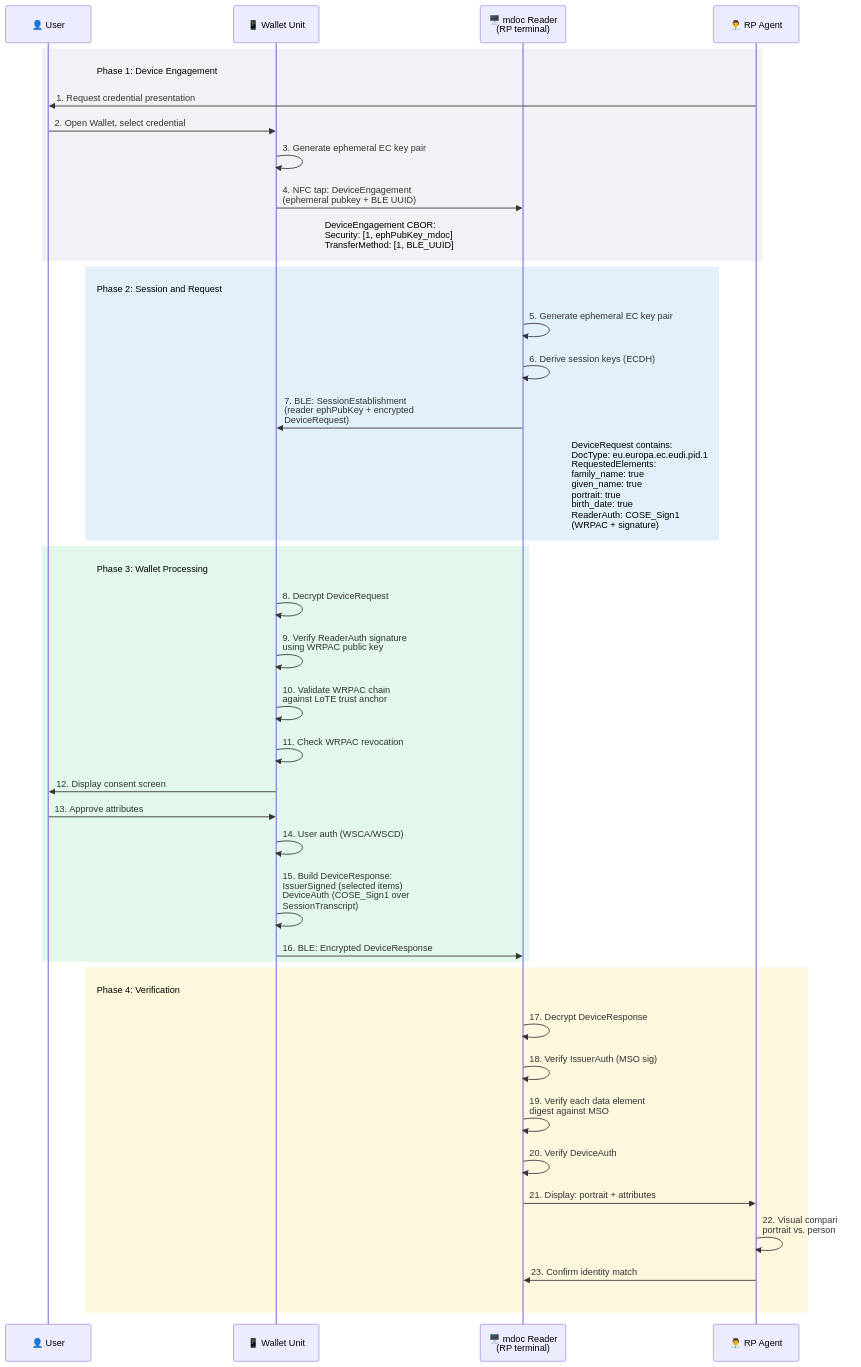
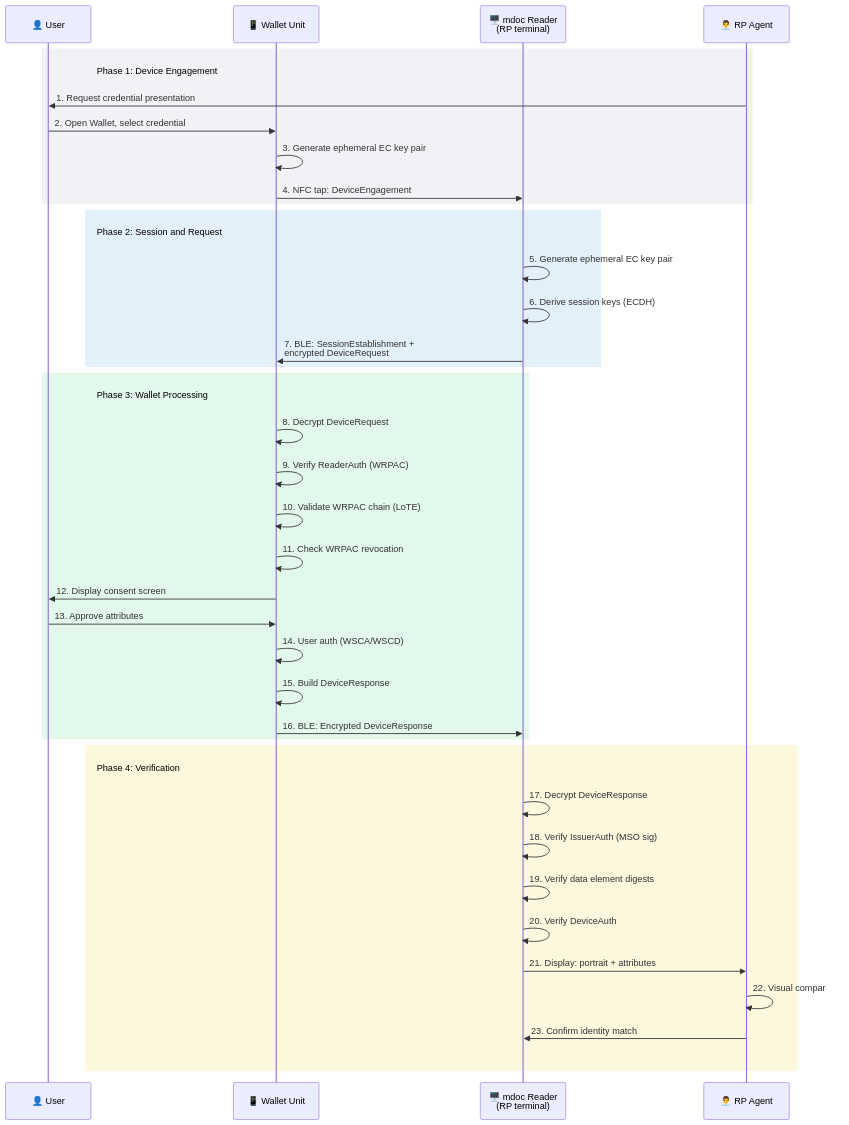
The tenth of 18 diagrams in papers/DR-0002/DR-0002-eudi-wallet-relying-party-integration.md (ivanstambuk/deep-research), drawn with Mermaid before and after one commit. The commit also changed other lines of this file, not shown here.

First line of the commit message:
DR-0002: Proper payload walkthroughs — clean diagrams + formatted code blocks

````diff
--- a/papers/DR-0002/DR-0002-eudi-wallet-relying-party-integration.md
+++ b/papers/DR-0002/DR-0002-eudi-wallet-relying-party-integration.md
@@ -1616,59 +1765,57 @@
 ```mermaid
 ---
 config:
   themeVariables:
     noteBkgColor: "transparent"
     noteBorderColor: "transparent"
   sequence:
     messageAlign: left
     noteAlign: left
     actorMargin: 150
 ---
 sequenceDiagram
     participant User as 👤 User
     participant WU as 📱 Wallet Unit
     participant Reader as 🖥️ mdoc Reader<br/>(RP terminal)
     participant Agent as 👨‍💼 RP Agent
 
     rect rgba(148, 163, 184, 0.14)
     Note right of User: Phase 1: Device Engagement
     Agent->>User: 1. Request credential presentation
     User->>WU: 2. Open Wallet, select credential
     WU->>WU: 3. Generate ephemeral EC key pair
-    WU->>Reader: 4. NFC tap: DeviceEngagement<br/>(ephemeral pubkey + BLE UUID)
-    Note right of WU: DeviceEngagement CBOR:<br/>Security: [1, ephPubKey_mdoc]<br/>TransferMethod: [1, BLE_UUID]
+    WU->>Reader: 4. NFC tap: DeviceEngagement
     end
 
     rect rgba(52, 152, 219, 0.14)
     Note right of User: Phase 2: Session and Request
     Reader->>Reader: 5. Generate ephemeral EC key pair
     Reader->>Reader: 6. Derive session keys (ECDH)
-    Reader->>WU: 7. BLE: SessionEstablishment<br/>(reader ephPubKey + encrypted<br/>DeviceRequest)
-    Note right of Reader: DeviceRequest contains:<br/>DocType: eu.europa.ec.eudi.pid.1<br/>RequestedElements:<br/>  family_name: true<br/>  given_name: true<br/>  portrait: true<br/>  birth_date: true<br/>ReaderAuth: COSE_Sign1<br/>  (WRPAC + signature)
+    Reader->>WU: 7. BLE: SessionEstablishment +<br/>encrypted DeviceRequest
     end
 
     rect rgba(46, 204, 113, 0.14)
     Note right of User: Phase 3: Wallet Processing
     WU->>WU: 8. Decrypt DeviceRequest
-    WU->>WU: 9. Verify ReaderAuth signature<br/>using WRPAC public key
-    WU->>WU: 10. Validate WRPAC chain<br/>against LoTE trust anchor
+    WU->>WU: 9. Verify ReaderAuth (WRPAC)
+    WU->>WU: 10. Validate WRPAC chain (LoTE)
     WU->>WU: 11. Check WRPAC revocation
     WU->>User: 12. Display consent screen
     User->>WU: 13. Approve attributes
     WU->>WU: 14. User auth (WSCA/WSCD)
-    WU->>WU: 15. Build DeviceResponse:<br/>IssuerSigned (selected items)<br/>DeviceAuth (COSE_Sign1 over<br/>SessionTranscript)
+    WU->>WU: 15. Build DeviceResponse
     WU->>Reader: 16. BLE: Encrypted DeviceResponse
     end
 
     rect rgba(241, 196, 15, 0.14)
     Note right of User: Phase 4: Verification
     Reader->>Reader: 17. Decrypt DeviceResponse
     Reader->>Reader: 18. Verify IssuerAuth (MSO sig)
-    Reader->>Reader: 19. Verify each data element<br/>digest against MSO
+    Reader->>Reader: 19. Verify data element digests
     Reader->>Reader: 20. Verify DeviceAuth
     Reader->>Agent: 21. Display: portrait + attributes
-    Agent->>Agent: 22. Visual comparison:<br/>portrait vs. person
+    Agent->>Agent: 22. Visual comparison
     Agent->>Reader: 23. Confirm identity match
     Note right of Reader: ⠀
     end
 ```
````
